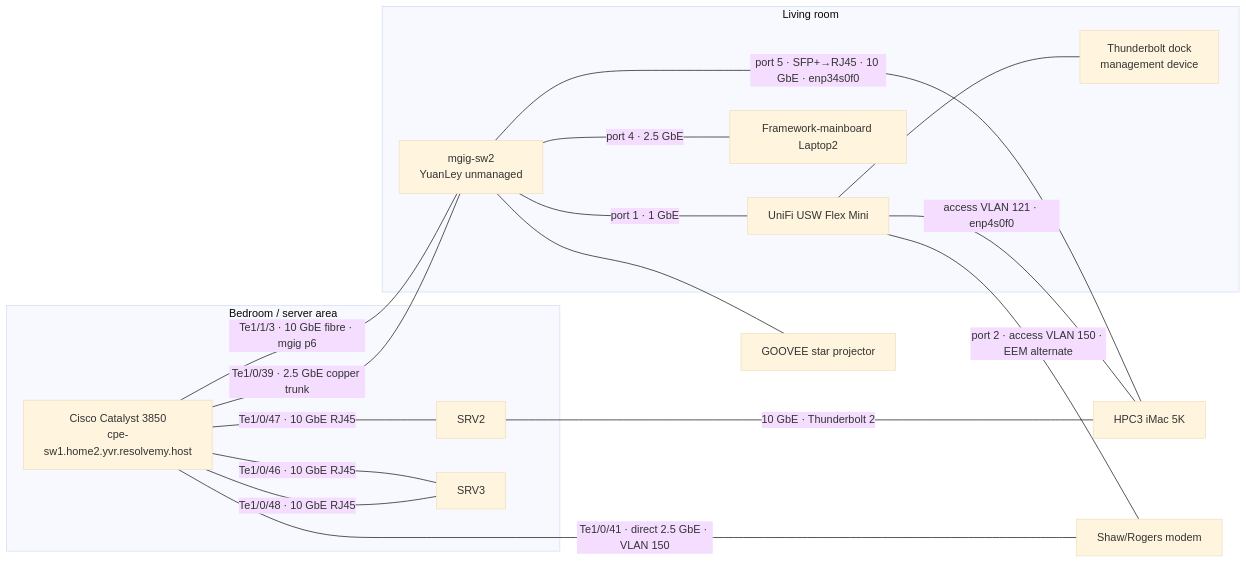
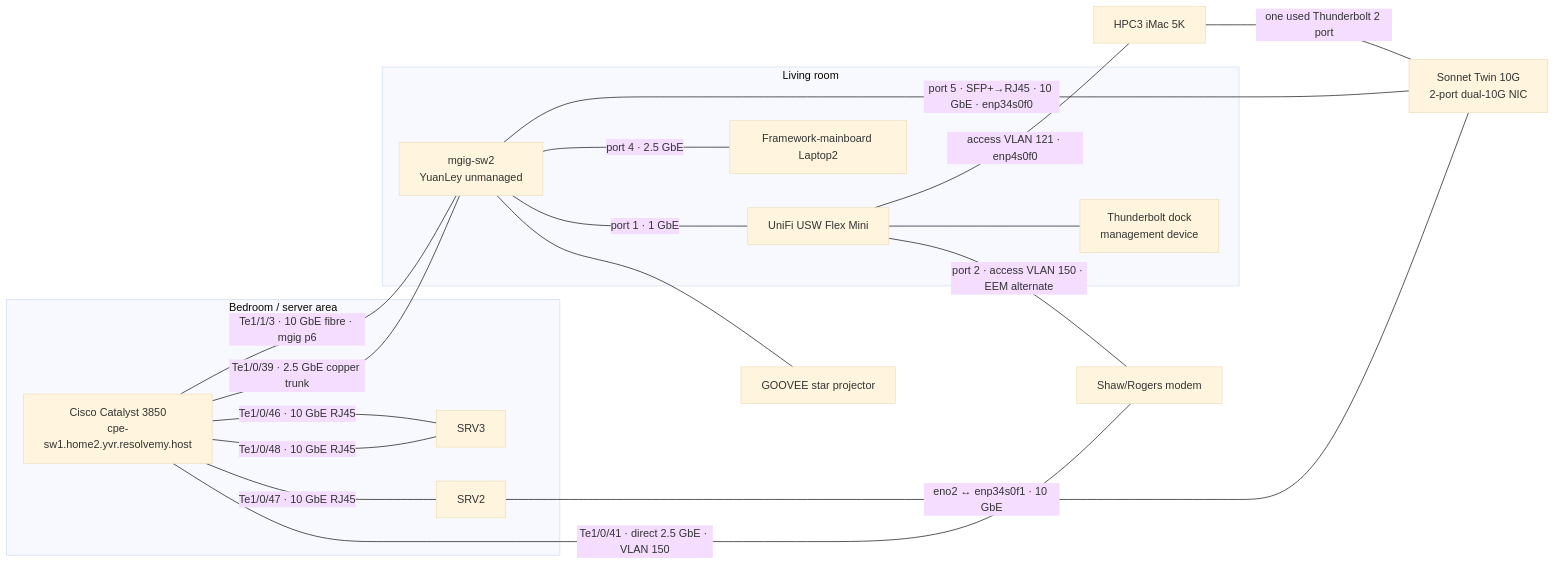
One commit to K-FOSS/CoRE-Backplane changed the diagram in Operations/Clusters/ENVIRONMENT.md. Above: the diagram before and after it, drawn with Mermaid (base theme). The commit also changed other lines of this file, not shown here.

````diff
--- a/Operations/Clusters/ENVIRONMENT.md
+++ b/Operations/Clusters/ENVIRONMENT.md
@@ -220,31 +222,33 @@
 ```mermaid
 flowchart LR
   subgraph bedroom["Bedroom / server area"]
     cpe["Cisco Catalyst 3850<br/>cpe-sw1.home2.yvr.resolvemy.host"]
     srv2["SRV2"]
     srv3["SRV3"]
   end
   subgraph living["Living room"]
     mgig["mgig-sw2<br/>YuanLey unmanaged"]
     flex["UniFi USW Flex Mini"]
     laptop["Framework-mainboard Laptop2"]
     dock["Thunderbolt dock<br/>management device"]
   end
   hpc3["HPC3 iMac 5K"]
+  sonnet["Sonnet Twin 10G<br/>2-port dual-10G NIC"]
   modem["Shaw/Rogers modem"]
 
   cpe -- "Te1/1/3 · 10 GbE fibre · mgig p6" --- mgig
   cpe -- "Te1/0/39 · 2.5 GbE copper trunk" --- mgig
   cpe -- "Te1/0/46 · 10 GbE RJ45" --- srv3
   cpe -- "Te1/0/48 · 10 GbE RJ45" --- srv3
   cpe -- "Te1/0/47 · 10 GbE RJ45" --- srv2
-  srv2 -- "10 GbE · Thunderbolt 2" --- hpc3
-  mgig -- "port 5 · SFP+→RJ45 · 10 GbE · enp34s0f0" --- hpc3
+  hpc3 -- "one used Thunderbolt 2 port" --- sonnet
+  srv2 -- "eno2 ↔ enp34s0f1 · 10 GbE" --- sonnet
+  mgig -- "port 5 · SFP+→RJ45 · 10 GbE · enp34s0f0" --- sonnet
   mgig -- "port 4 · 2.5 GbE" --- laptop
   mgig -- "port 1 · 1 GbE" --- flex
   flex -- "access VLAN 121 · enp4s0f0" --- hpc3
   mgig --- projector["GOOVEE star projector"]
   flex --- dock
   cpe -- "Te1/0/41 · direct 2.5 GbE · VLAN 150" --- modem
   flex -- "port 2 · access VLAN 150 · EEM alternate" --- modem
 ```
````
